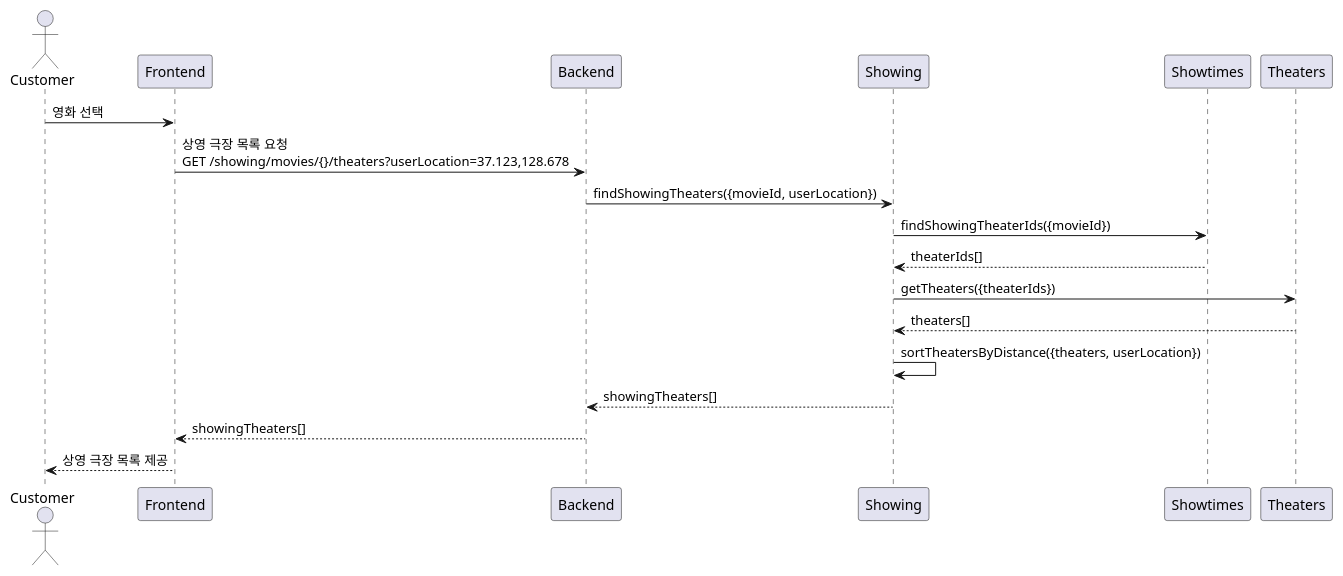
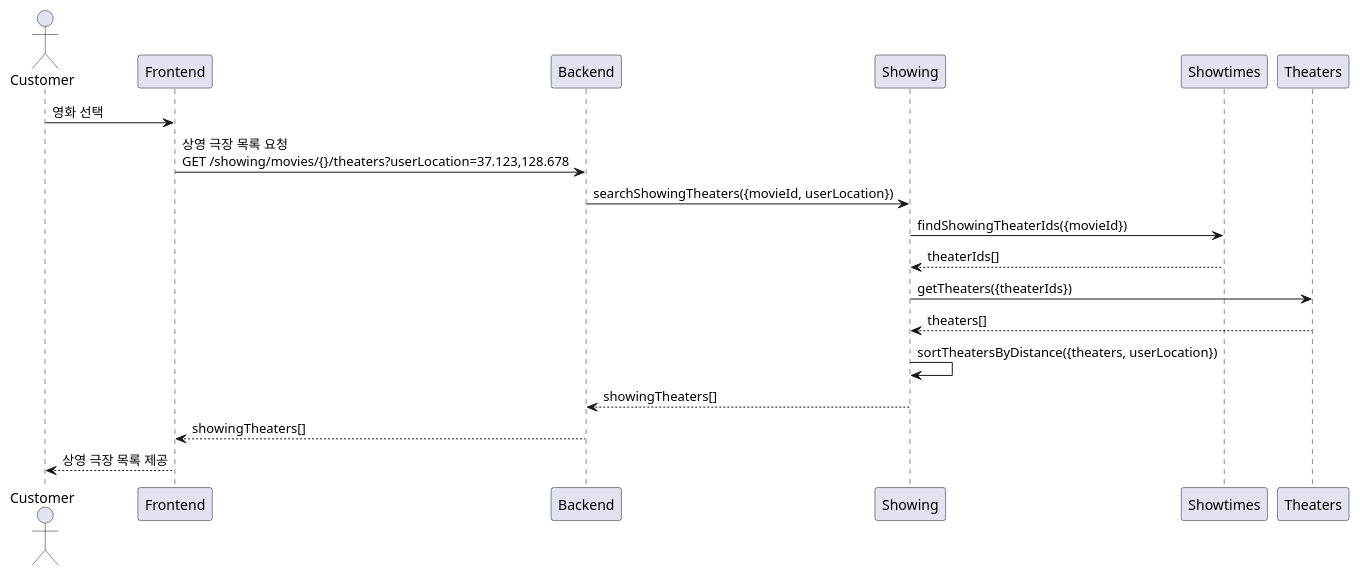
The second of 6 diagrams in docs/_old/tickets-purchase.md (songminkyu/nest-msa), drawn with PlantUML before and after one commit. The commit also changed other lines of this file and 41 other files, not shown here.

````diff
--- a/docs/_old/tickets-purchase.md
+++ b/docs/_old/tickets-purchase.md
@@ -93,17 +93,17 @@
 ```plantuml
 @startuml
 actor Customer
 
 Customer -> Frontend : 영화 선택
     Frontend -> Backend : 상영 극장 목록 요청\nGET /showing/movies/{}/theaters?userLocation=37.123,128.678
-        Backend -> Showing: findShowingTheaters({movieId, userLocation})
+        Backend -> Showing: searchShowingTheaters({movieId, userLocation})
             Showing -> Showtimes: findShowingTheaterIds({movieId})
             Showing <-- Showtimes: theaterIds[]
             Showing -> Theaters: getTheaters({theaterIds})
             Showing <-- Theaters: theaters[]
             Showing -> Showing: sortTheatersByDistance({theaters, userLocation})
         Backend <-- Showing: showingTheaters[]
     Frontend <-- Backend : showingTheaters[]
 Customer <-- Frontend : 상영 극장 목록 제공
 @enduml
 ```
````
